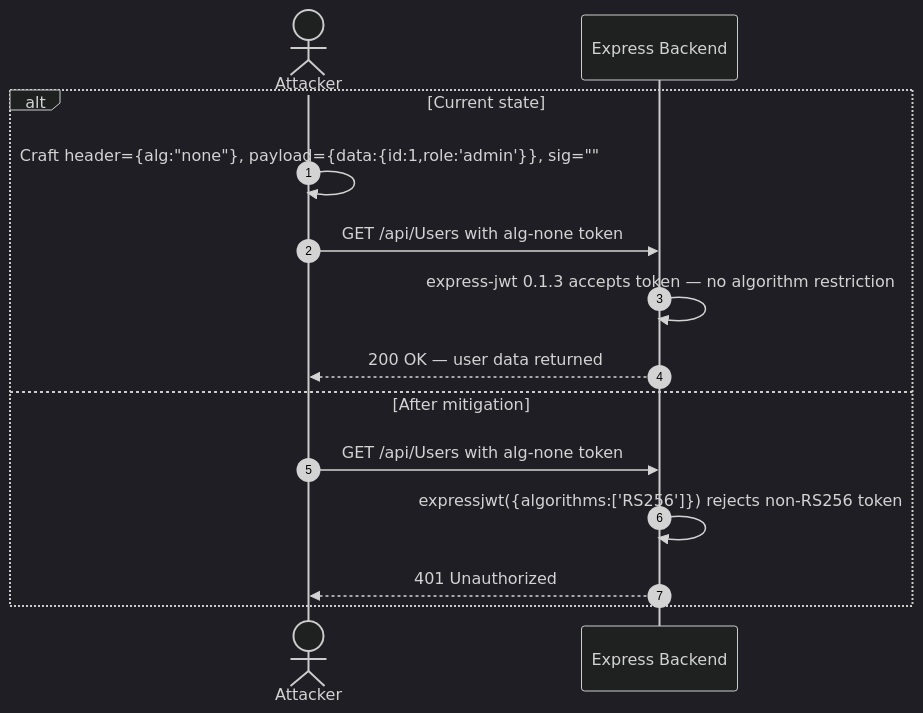
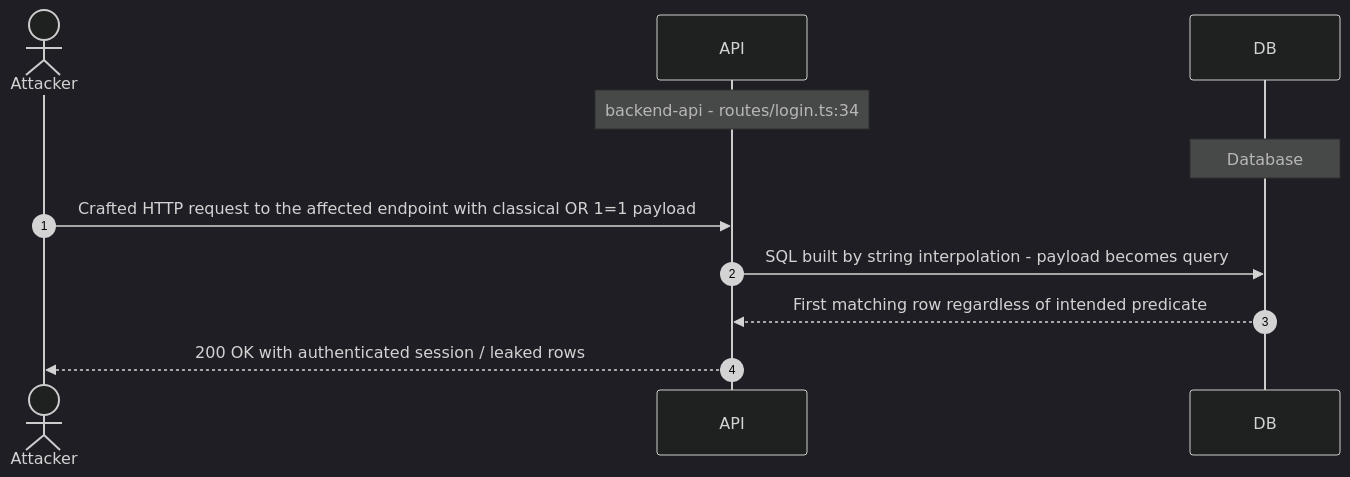
Before and after one commit to appsec-foundry/appsec-advisor: the tenth of 19 diagrams in examples/threat-modeler/threat-model-juice-shop-standard.md, drawn with Mermaid (dark theme). The commit also changed other lines of this file and 4 other files, not shown here.

````diff
--- a/examples/threat-modeler/threat-model-juice-shop-standard.md
+++ b/examples/threat-modeler/threat-model-juice-shop-standard.md
@@ -596,17 +569,13 @@
 ```mermaid
 sequenceDiagram
     autonumber
     actor Attacker
-    participant App as Express Backend
-
-    alt Current state
-        Attacker->>Attacker: Craft header={alg:"none"}, payload={data:{id:1,role:'admin'}}, sig=""
-        Attacker->>App: GET /api/Users with alg-none token
-        App->>App: express-jwt 0.1.3 accepts token — no algorithm restriction
-        App-->>Attacker: 200 OK — user data returned
-    else After mitigation
-        Attacker->>App: GET /api/Users with alg-none token
-        App->>App: expressjwt({algorithms:['RS256']}) rejects non-RS256 token
-        App-->>Attacker: 401 Unauthorized
-    end
+    participant API
+    participant DB
+    Note over API: backend-api - routes/login.ts:34
+    Note over DB: Database
+    Attacker->>API: Crafted HTTP request to the affected endpoint with classical OR 1=1 payload
+    API->>DB: SQL built by string interpolation - payload becomes query
+    DB-->>API: First matching row regardless of intended predicate
+    API-->>Attacker: 200 OK with authenticated session / leaked rows
 ```
````
